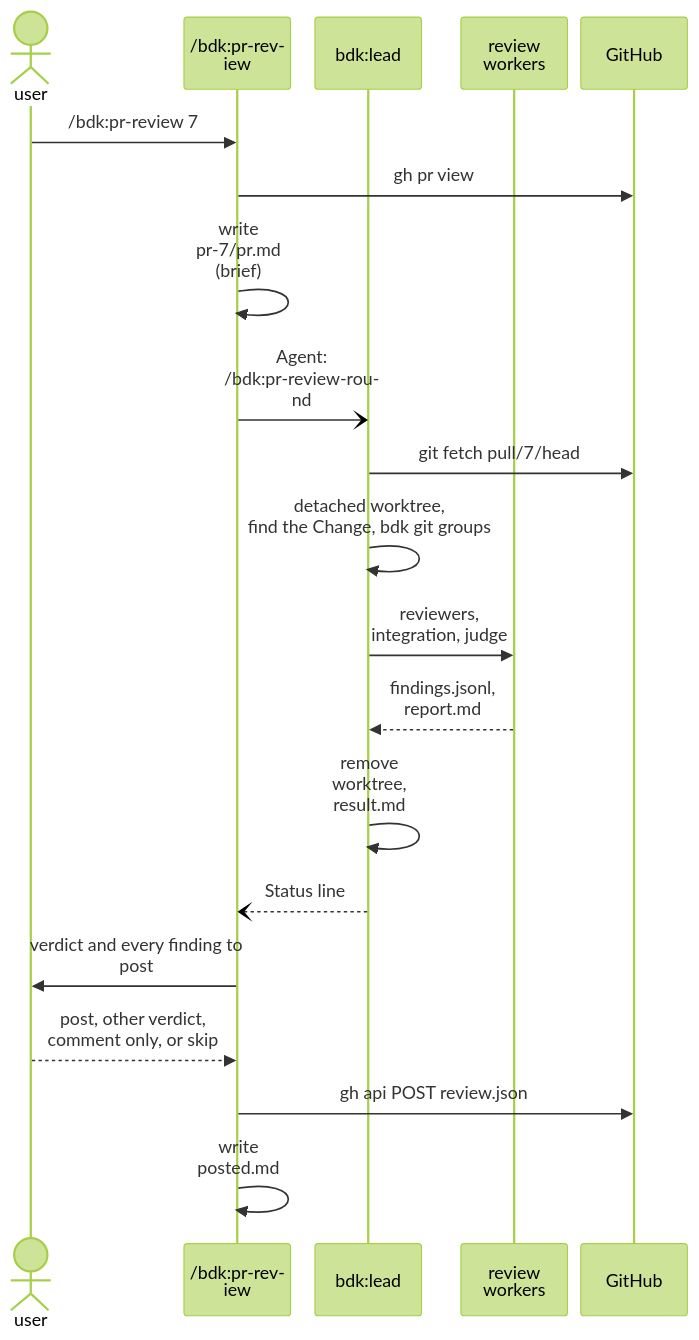
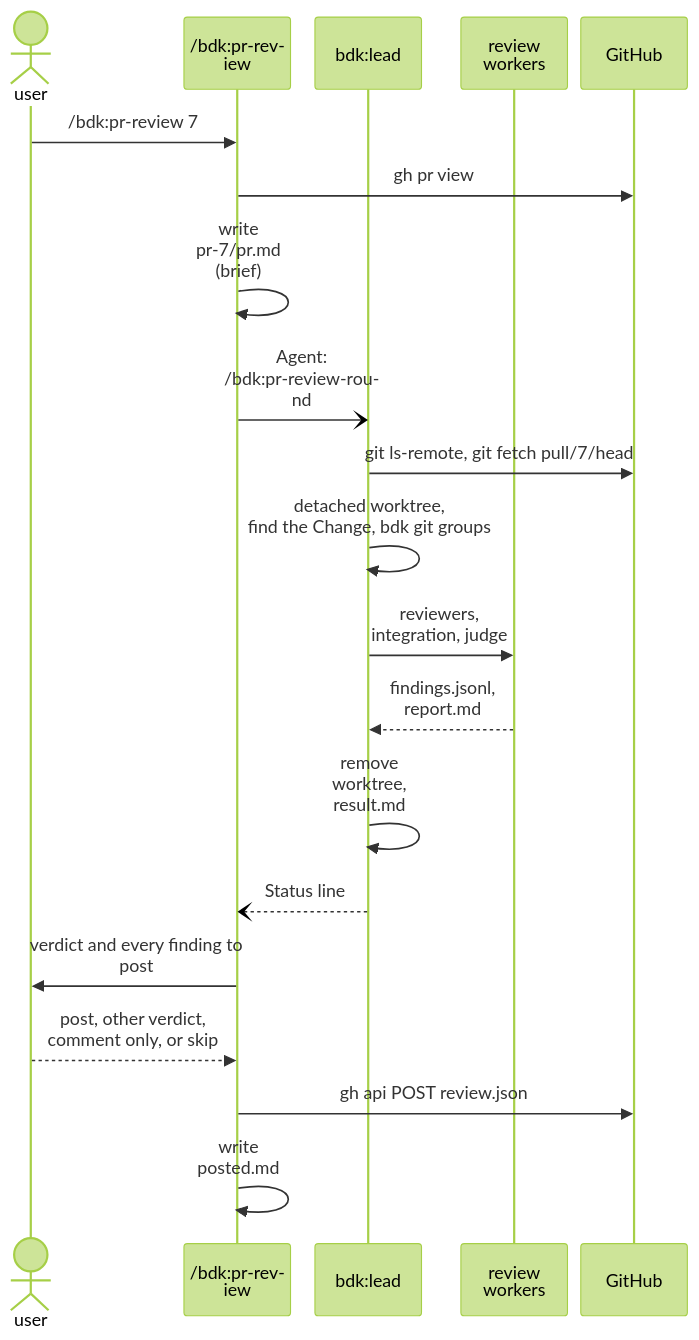
Diagram 13 of 15 in docs/concepts/orchestrators.md (broneq/bdk), drawn with Mermaid (forest theme) before and after one commit. The commit also changed other lines of this file and 45 other files, not shown here.

````diff
--- a/docs/concepts/orchestrators.md
+++ b/docs/concepts/orchestrators.md
@@ -271,23 +271,23 @@
 ```mermaid
 %%{init: {"sequence": {"actorMargin": 12, "width": 96, "noteMargin": 6, "wrap": true}}}%%
 sequenceDiagram
   actor U as user
   participant M as /bdk:pr-review
   participant L as bdk:lead
   participant W as review workers
   participant G as GitHub
   U->>M: /bdk:pr-review 7
   M->>G: gh pr view
   M->>M: write pr-7/pr.md (brief)
   M-)L: Agent: /bdk:pr-review-round
-  L->>G: git fetch pull/7/head
+  L->>G: git ls-remote, git fetch pull/7/head
   L->>L: detached worktree,<br/>find the Change, bdk git groups
   L->>W: reviewers, integration, judge
   W-->>L: findings.jsonl, report.md
   L->>L: remove worktree, result.md
   L--)M: Status line
   M->>U: verdict and every finding to post
   U-->>M: post, other verdict,<br/>comment only, or skip
   M->>G: gh api POST review.json
   M->>M: write posted.md
 ```
````
